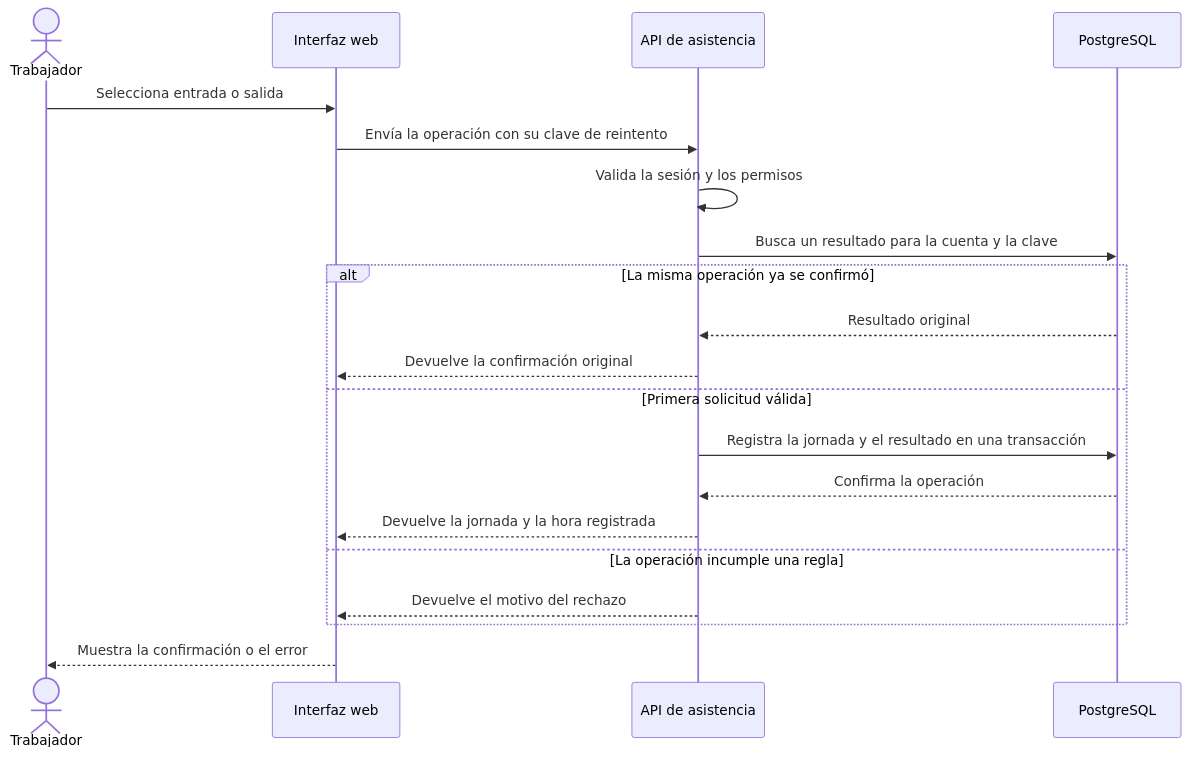
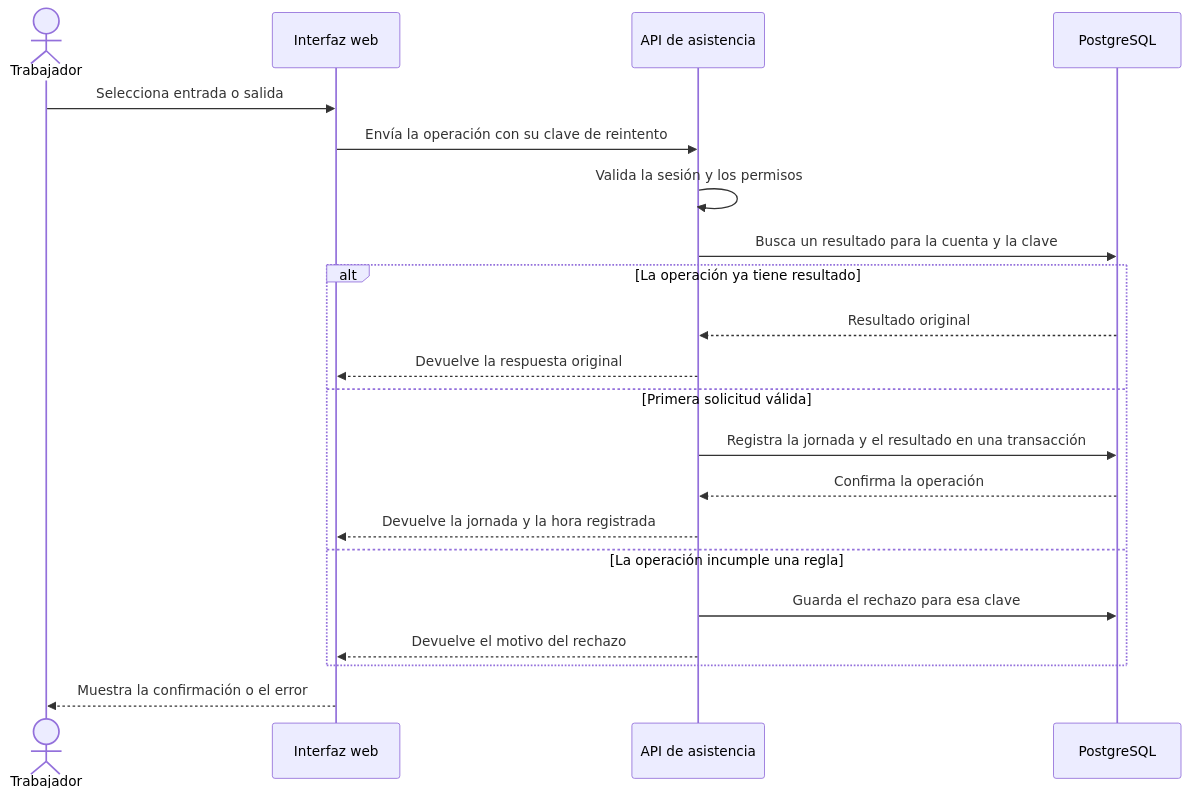
Before and after one commit to steveespinoza/SISTEMA_ASISTENCIA: the third of 3 diagrams in docs/arquitectura.md, drawn with Mermaid. The commit also changed other lines of this file and 27 other files, not shown here.

````diff
--- a/docs/arquitectura.md
+++ b/docs/arquitectura.md
@@ -80,23 +81,24 @@
 ```mermaid
 sequenceDiagram
     actor T as Trabajador
     participant UI as Interfaz web
     participant API as API de asistencia
     participant BD as PostgreSQL
 
     T->>UI: Selecciona entrada o salida
     UI->>API: Envía la operación con su clave de reintento
     API->>API: Valida la sesión y los permisos
     API->>BD: Busca un resultado para la cuenta y la clave
-    alt La misma operación ya se confirmó
+    alt La operación ya tiene resultado
         BD-->>API: Resultado original
-        API-->>UI: Devuelve la confirmación original
+        API-->>UI: Devuelve la respuesta original
     else Primera solicitud válida
         API->>BD: Registra la jornada y el resultado en una transacción
         BD-->>API: Confirma la operación
         API-->>UI: Devuelve la jornada y la hora registrada
     else La operación incumple una regla
+        API->>BD: Guarda el rechazo para esa clave
         API-->>UI: Devuelve el motivo del rechazo
     end
     UI-->>T: Muestra la confirmación o el error
 ```
````
